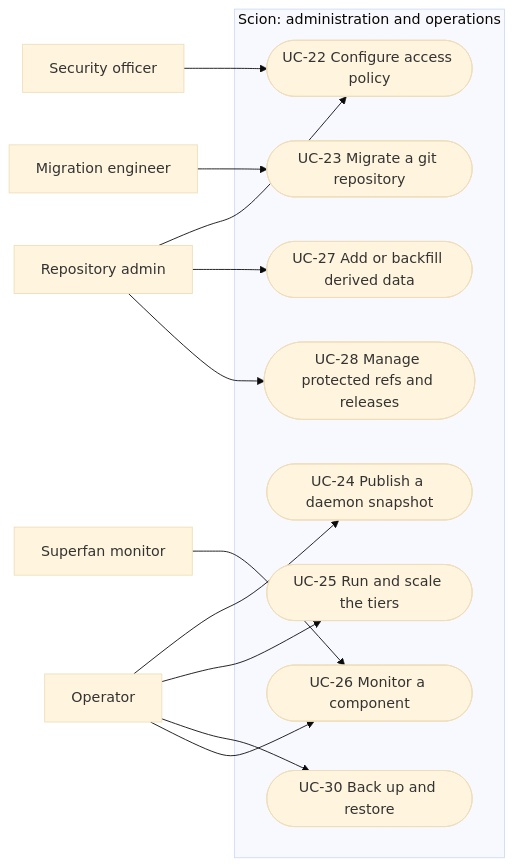
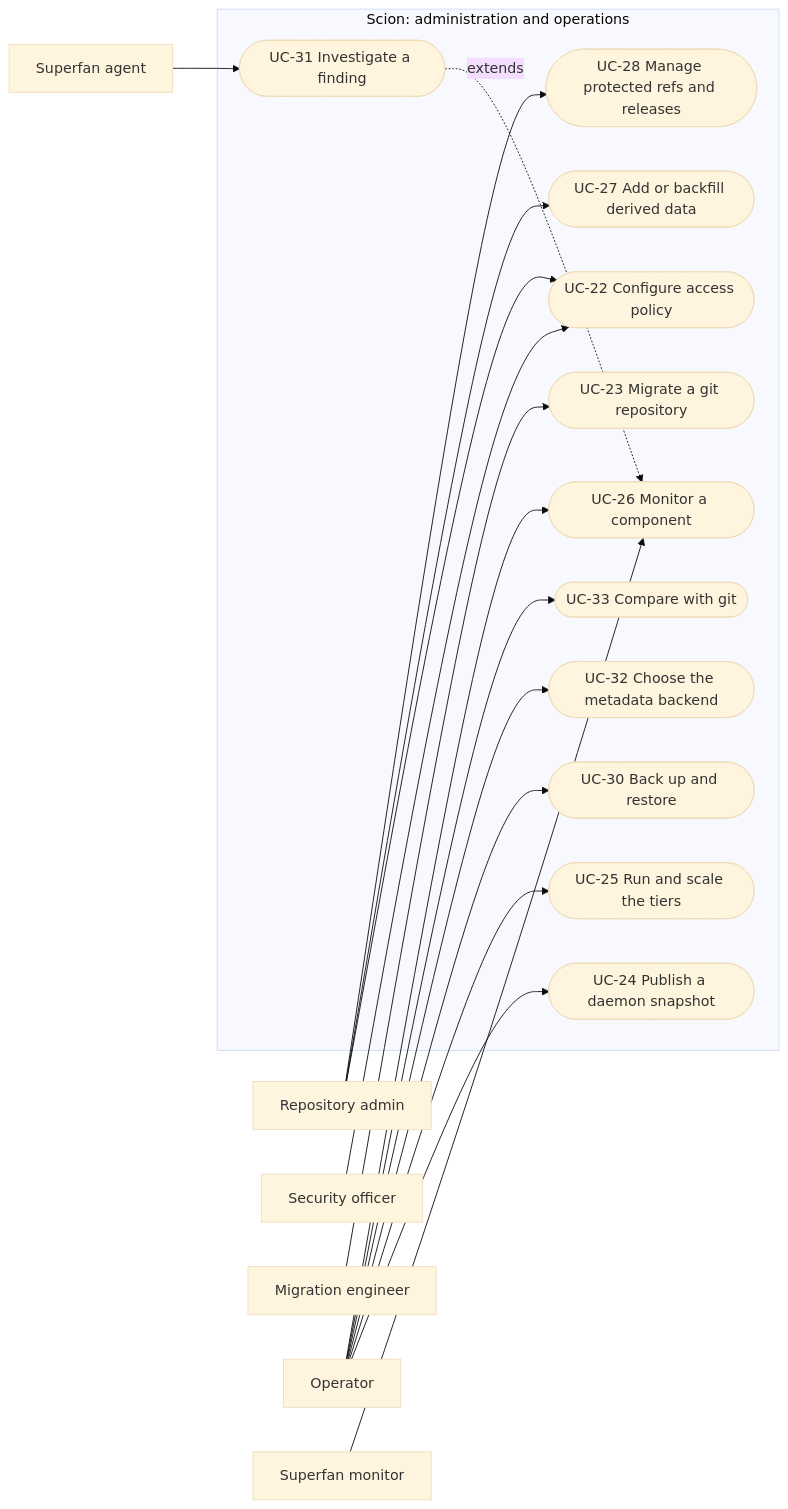
Before and after one commit to Space-Trucker/AIresume: the fourth of 4 diagrams in scion/docs/design/05-use-cases.md, drawn with Mermaid (base theme). The commit also changed other lines of this file and 14 other files, not shown here.

First line of the commit message:
B6 design: Spanner metadata, superfan agents, comparison with git, CPython pilot

````diff
--- a/scion/docs/design/05-use-cases.md
+++ b/scion/docs/design/05-use-cases.md
@@ -81,24 +81,30 @@
 ```mermaid
 flowchart LR
   Admin[Repository admin]
   Sec[Security officer]
   Mig[Migration engineer]
   Ops[Operator]
   Fan[Superfan monitor]
+  FanAgent[Superfan agent]
   subgraph Admin_["Scion: administration and operations"]
     UC22([UC-22 Configure access policy])
     UC23([UC-23 Migrate a git repository])
     UC24([UC-24 Publish a daemon snapshot])
     UC25([UC-25 Run and scale the tiers])
     UC26([UC-26 Monitor a component])
     UC27([UC-27 Add or backfill derived data])
     UC28([UC-28 Manage protected refs and releases])
     UC30([UC-30 Back up and restore])
+    UC31([UC-31 Investigate a finding])
+    UC32([UC-32 Choose the metadata backend])
+    UC33([UC-33 Compare with git])
   end
   Admin --> UC22 & UC27 & UC28
   Sec --> UC22
   Mig --> UC23
-  Ops --> UC24 & UC25 & UC30
+  Ops --> UC24 & UC25 & UC30 & UC32 & UC33
   Fan --> UC26
   Ops --> UC26
+  FanAgent --> UC31
+  UC31 -. extends .-> UC26
 ```
````
